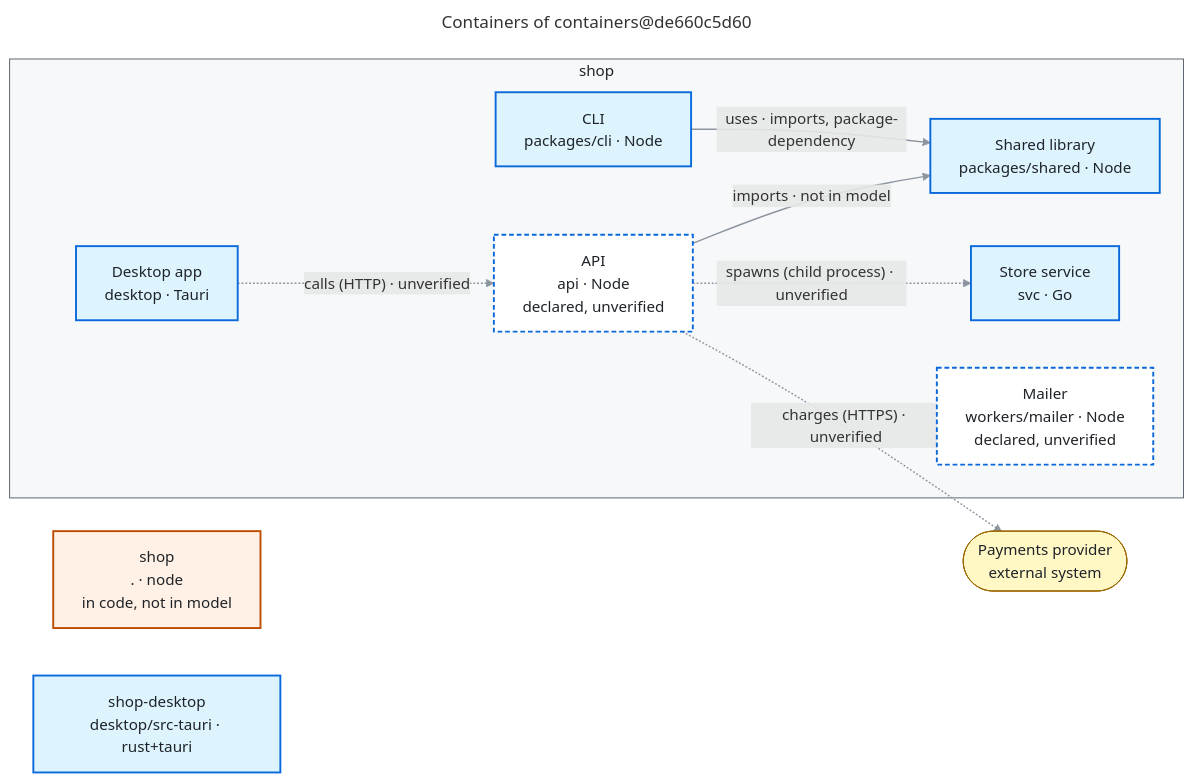
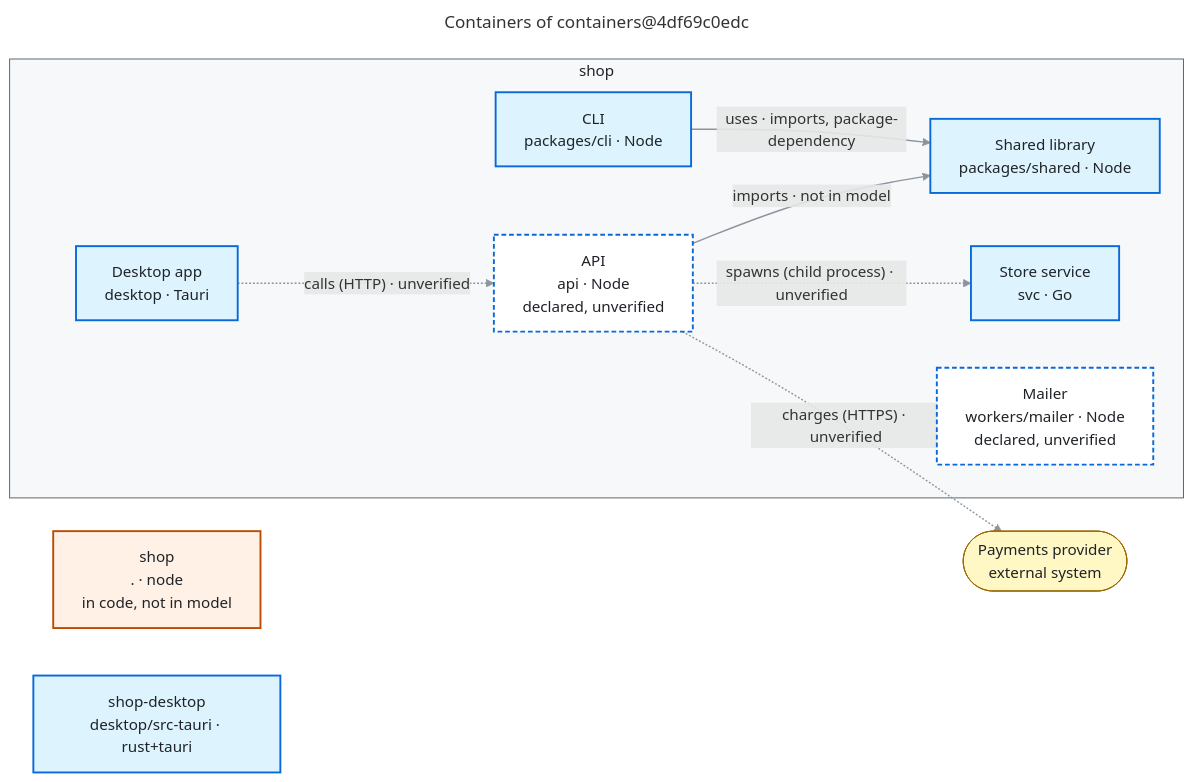
The diagram in examples/containers/containers.md (FullFran/archsieve), drawn with Mermaid before and after one commit. The commit also changed other lines of this file and 22 other files, not shown here.

````diff
--- a/examples/containers/containers.md
+++ b/examples/containers/containers.md
@@ -7,34 +7,34 @@
 ```mermaid
 ---
-title: "Containers of containers@de660c5d60"
+title: "Containers of containers@4df69c0edc"
 ---
 flowchart LR
   n0["shop<br/>. · node<br/>in code, not in model"]:::undeclared
   n3["shop-desktop<br/>desktop/src-tauri · rust+tauri"]:::container
   n8(["Payments provider<br/>external system"]):::external
   subgraph g0["shop"]
     n1["API<br/>api · Node<br/>declared, unverified"]:::unverified
     n2["Desktop app<br/>desktop · Tauri"]:::container
     n4["CLI<br/>packages/cli · Node"]:::container
     n5["Shared library<br/>packages/shared · Node"]:::container
     n6["Store service<br/>svc · Go"]:::container
     n7["Mailer<br/>workers/mailer · Node<br/>declared, unverified"]:::unverified
   end
   style g0 fill:#f6f8fa,stroke:#57606a,color:#1f2328
   n1 -->|"imports · not in model"| n5
   n1 -.->|"spawns (child process) · unverified"| n6
   n1 -.->|"charges (HTTPS) · unverified"| n8
   n2 -.->|"calls (HTTP) · unverified"| n1
   n4 -->|"uses · imports, package-dependency"| n5
   linkStyle default stroke:#8c959f,stroke-width:1.5px
   classDef code fill:#ddf4ff,stroke:#0969da,color:#1f2328
   classDef external fill:#fff8c5,stroke:#9a6700,color:#1f2328
   classDef module fill:#fbefff,stroke:#8250df,color:#1f2328
   classDef added fill:#dafbe1,stroke:#2da44e,stroke-width:2px,color:#1f2328
   classDef removed fill:#ffebe9,stroke:#cf222e,stroke-dasharray:4 3,color:#1f2328
   classDef boundary fill:#f6f8fa,stroke:#57606a,stroke-dasharray:6 4,color:#1f2328
   classDef container fill:#ddf4ff,stroke:#0969da,stroke-width:2px,color:#1f2328
   classDef unverified fill:#ffffff,stroke:#0969da,stroke-width:2px,stroke-dasharray:5 3,color:#1f2328
   classDef undeclared fill:#fff1e5,stroke:#bc4c00,stroke-width:2px,color:#1f2328
   classDef focus fill:#ddf4ff,stroke:#0969da,stroke-width:4px,color:#1f2328
 ```
````
